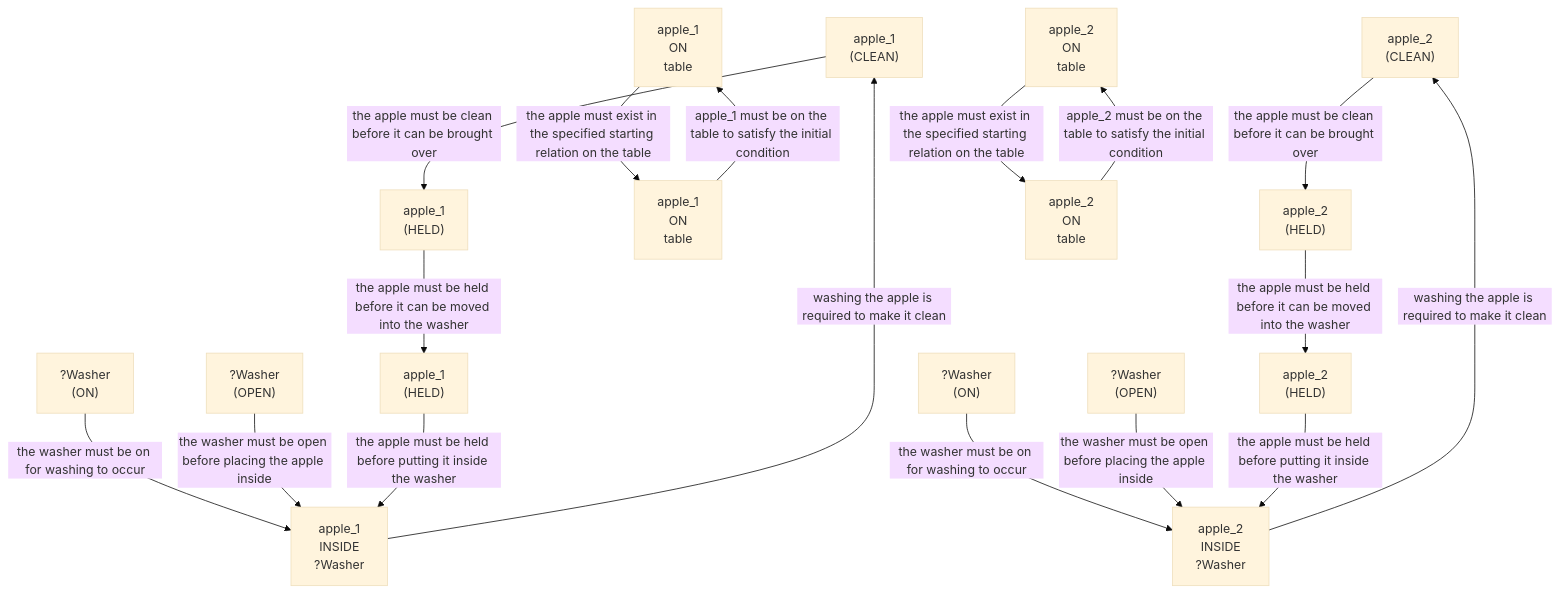
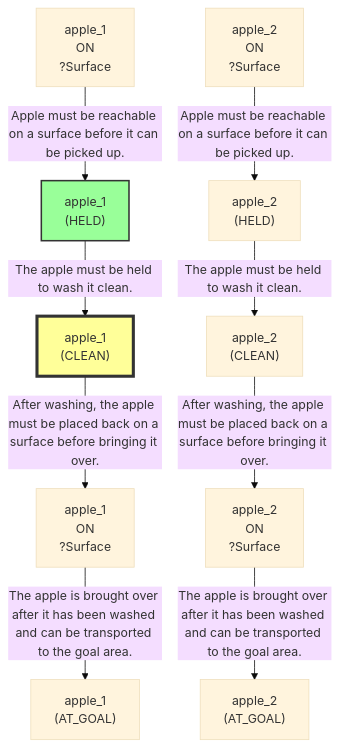
The third of 22 diagrams in evaluation/results/table1/robostate/scale/S7/S-G02/run_T1_SCALE_SG02_S7.md (scuama/virtualhome), drawn with Mermaid (base theme) before and after one commit. The commit also changed other lines of this file and 133 other files, not shown here.

````diff
--- a/evaluation/results/table1/robostate/scale/S7/S-G02/run_T1_SCALE_SG02_S7.md
+++ b/evaluation/results/table1/robostate/scale/S7/S-G02/run_T1_SCALE_SG02_S7.md
@@ -145,35 +288,23 @@
 ```mermaid
 graph TD
-    N1["apple_1<br>ON<br>table"]
-    N2["apple_1<br>(CLEAN)"]
-    N3["apple_1<br>(HELD)"]
-    N4["apple_1<br>ON<br>table"]
-    N5["apple_1<br>INSIDE<br>?Washer"]
-    N6["?Washer<br>(ON)"]
-    N7["?Washer<br>(OPEN)"]
-    N8["apple_1<br>(HELD)"]
-    N9["apple_2<br>ON<br>table"]
-    N10["apple_2<br>(CLEAN)"]
-    N11["apple_2<br>(HELD)"]
-    N12["apple_2<br>ON<br>table"]
-    N13["apple_2<br>INSIDE<br>?Washer"]
-    N14["?Washer<br>(ON)"]
-    N15["?Washer<br>(OPEN)"]
-    N16["apple_2<br>(HELD)"]
-    N4 -->|"apple_1 must be on the table to satisfy the initial condition"| N1
-    N5 -->|"washing the apple is required to make it clean"| N2
-    N6 -->|"the washer must be on for washing to occur"| N5
-    N7 -->|"the washer must be open before placing the apple inside"| N5
-    N8 -->|"the apple must be held before putting it inside the washer"| N5
-    N1 -->|"the apple must exist in the specified starting relation on the table"| N4
-    N3 -->|"the apple must be held before it can be moved into the washer"| N8
-    N2 -->|"the apple must be clean before it can be brought over"| N3
-    N12 -->|"apple_2 must be on the table to satisfy the initial condition"| N9
-    N13 -->|"washing the apple is required to make it clean"| N10
-    N14 -->|"the washer must be on for washing to occur"| N13
-    N15 -->|"the washer must be open before placing the apple inside"| N13
-    N16 -->|"the apple must be held before putting it inside the washer"| N13
-    N9 -->|"the apple must exist in the specified starting relation on the table"| N12
-    N11 -->|"the apple must be held before it can be moved into the washer"| N16
-    N10 -->|"the apple must be clean before it can be brought over"| N11
+    N1["apple_1<br>(HELD)"]
+    style N1 fill:#9f9,stroke:#333,stroke-width:2px
+    N2["apple_1<br>ON<br>?Surface"]
+    N3["apple_1<br>(CLEAN)"]
+    style N3 fill:#ff9,stroke:#333,stroke-width:4px
+    N4["apple_1<br>ON<br>?Surface"]
+    N5["apple_1<br>(AT_GOAL)"]
+    N6["apple_2<br>(HELD)"]
+    N7["apple_2<br>ON<br>?Surface"]
+    N8["apple_2<br>(CLEAN)"]
+    N9["apple_2<br>ON<br>?Surface"]
+    N10["apple_2<br>(AT_GOAL)"]
+    N2 -->|"Apple must be reachable on a surface before it can be picked up."| N1
+    N1 -->|"The apple must be held to wash it clean."| N3
+    N3 -->|"After washing, the apple must be placed back on a surface before bringing it over."| N4
+    N4 -->|"The apple is brought over after it has been washed and can be transported to the goal area."| N5
+    N7 -->|"Apple must be reachable on a surface before it can be picked up."| N6
+    N6 -->|"The apple must be held to wash it clean."| N8
+    N8 -->|"After washing, the apple must be placed back on a surface before bringing it over."| N9
+    N9 -->|"The apple is brought over after it has been washed and can be transported to the goal area."| N10
 ```
````
